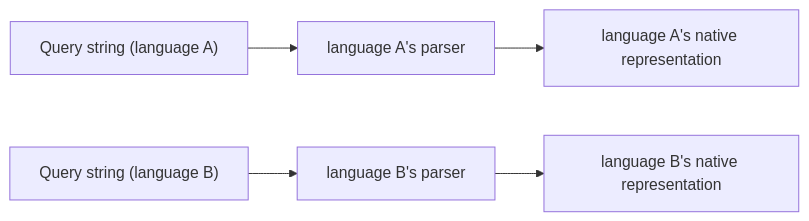
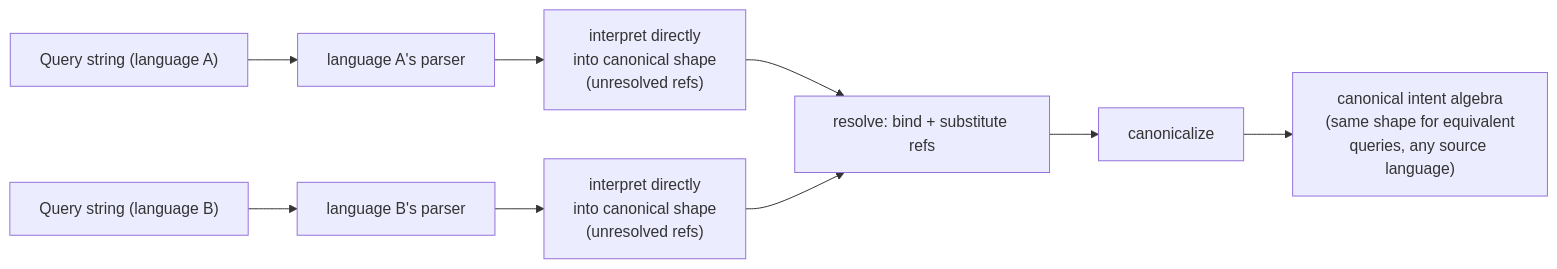
The first of 6 diagrams in docs/design.md (ProjectASAP/ASAPPlanner), drawn with Mermaid before and after one commit. The commit also changed other lines of this file and 6 other files, not shown here.

````diff
--- a/docs/design.md
+++ b/docs/design.md
@@ -29,5 +82,9 @@
 ```mermaid
 flowchart LR
-    P["Query string (language A)"] --> PA["language A's parser"] --> PR["language A's native representation"]
-    S["Query string (language B)"] --> SA["language B's parser"] --> SR["language B's native representation"]
+    P["Query string (language A)"] --> PA["language A's parser"] --> IA["interpret directly\ninto canonical shape\n(unresolved refs)"]
+    S["Query string (language B)"] --> SA["language B's parser"] --> IB["interpret directly\ninto canonical shape\n(unresolved refs)"]
+    IA --> RS["resolve: bind + substitute refs"]
+    IB --> RS
+    RS --> CZ["canonicalize"]
+    CZ --> L1T["canonical intent algebra\n(same shape for equivalent\nqueries, any source language)"]
 ```
````
